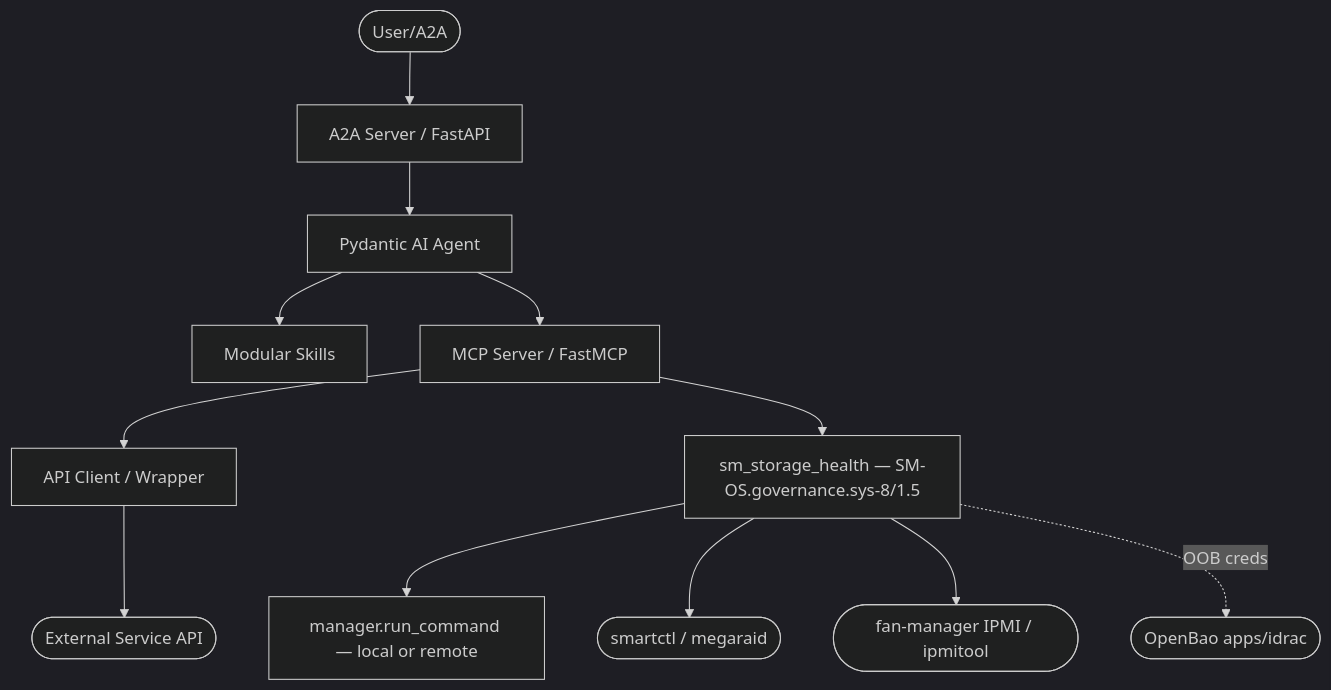
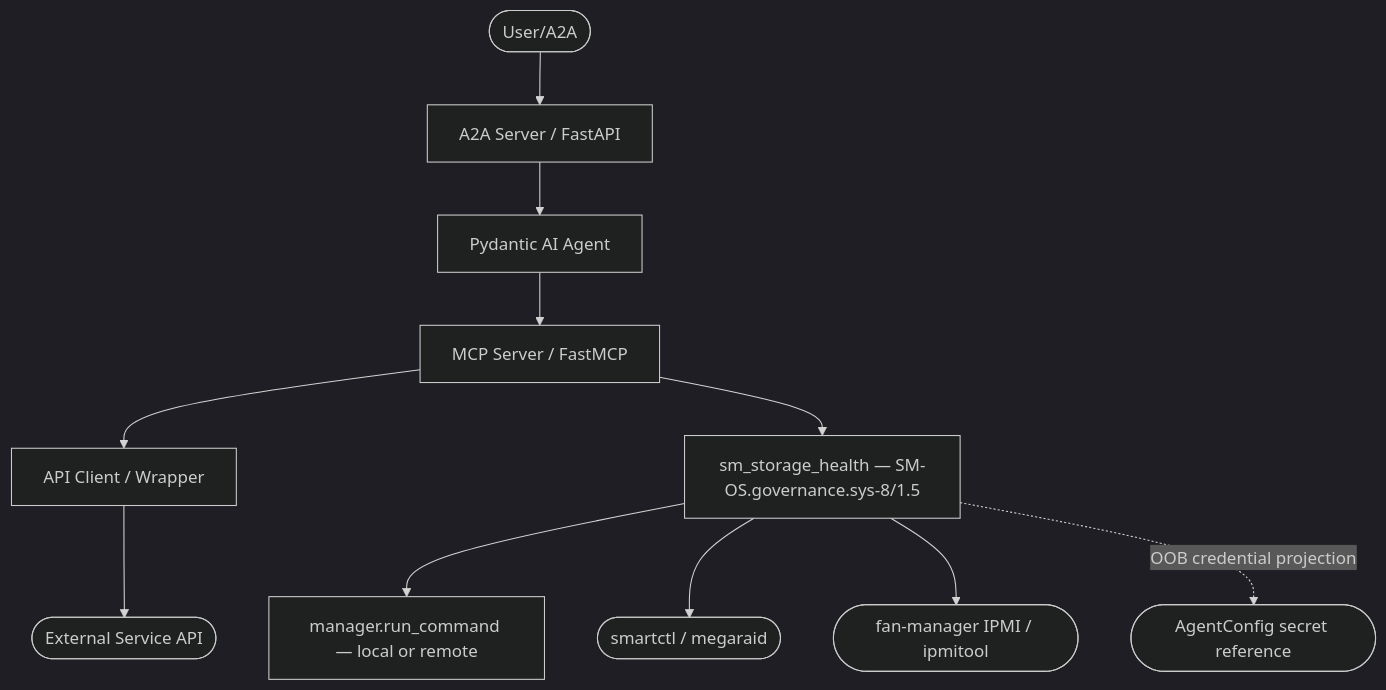
Before and after one commit to Knuckles-Team/systems-manager: the first of 3 diagrams in AGENTS.md, drawn with Mermaid (dark theme). The commit also changed other lines of this file and 93 other files, not shown here.

````diff
--- a/AGENTS.md
+++ b/AGENTS.md
@@ -21,14 +21,13 @@
 ```mermaid
 graph TD
     User([User/A2A]) --> Server[A2A Server / FastAPI]
     Server --> Agent[Pydantic AI Agent]
-    Agent --> Skills[Modular Skills]
     Agent --> MCP[MCP Server / FastMCP]
     MCP --> Client[API Client / Wrapper]
     MCP --> Storage[sm_storage_health — SM-OS.governance.sys-8/1.5]
     Storage --> Mgr[manager.run_command — local or remote]
     Storage --> SMART([smartctl / megaraid])
     Storage --> BMC([fan-manager IPMI / ipmitool])
-    Storage -.OOB creds.-> Bao([OpenBao apps/idrac])
+    Storage -.OOB credential projection.-> Config([AgentConfig secret reference])
     Client --> ExternalAPI([External Service API])
 ```
````
